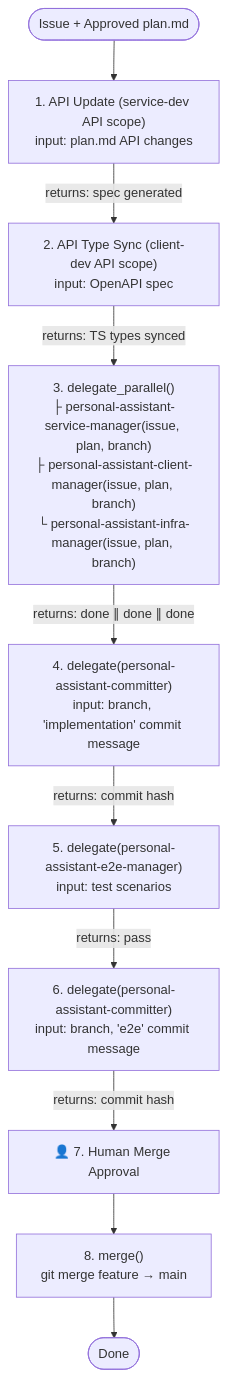
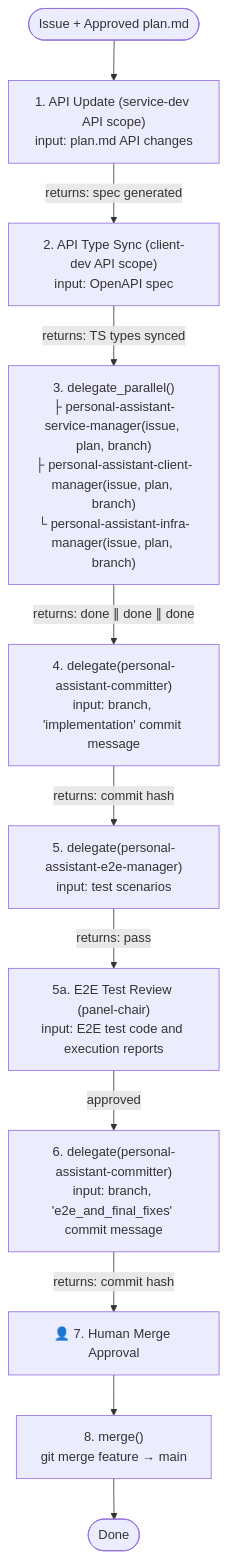
The diagram in .opencode/agents/personal-assistant-dev-manager.md (T-1009/personal-assistant), drawn with Mermaid before and after one commit. The commit also changed other lines of this file and 3 other files, not shown here.

First line of the commit message:
feat: add panel-chair E2E test code review and merge final fixes into E2E commit

````diff
--- a/.opencode/agents/personal-assistant-dev-manager.md
+++ b/.opencode/agents/personal-assistant-dev-manager.md
@@ -43,21 +44,23 @@
 ```mermaid
 flowchart TD
     START(["Issue + Approved plan.md"])
 
     START --> S1["1. API Update (service-dev API scope)<br/>input: plan.md API changes"]
     
     S1 -- "returns: spec generated" --> S2["2. API Type Sync (client-dev API scope)<br/>input: OpenAPI spec"]
 
     S2 -- "returns: TS types synced" --> S3["3. delegate_parallel()<br/>├ personal-assistant-service-manager(issue, plan, branch)<br/>├ personal-assistant-client-manager(issue, plan, branch)<br/>└ personal-assistant-infra-manager(issue, plan, branch)"]
 
     S3 -- "returns: done ∥ done ∥ done" --> S4["4. delegate(personal-assistant-committer)<br/>input: branch, 'implementation' commit message"]
 
     S4 -- "returns: commit hash" --> S5["5. delegate(personal-assistant-e2e-manager)<br/>input: test scenarios"]
 
-    S5 -- "returns: pass" --> S6["6. delegate(personal-assistant-committer)<br/>input: branch, 'e2e' commit message"]
+    S5 -- "returns: pass" --> S5a["5a. E2E Test Review (panel-chair)<br/>input: E2E test code and execution reports"]
+
+    S5a -- "approved" --> S6["6. delegate(personal-assistant-committer)<br/>input: branch, 'e2e_and_final_fixes' commit message"]
 
     S6 -- "returns: commit hash" --> G2["👤 7. Human Merge Approval"]
 
     G2 --> S8["8. merge()<br/>git merge feature → main"]
     S8 --> DONE(["Done"])
 ```
````
